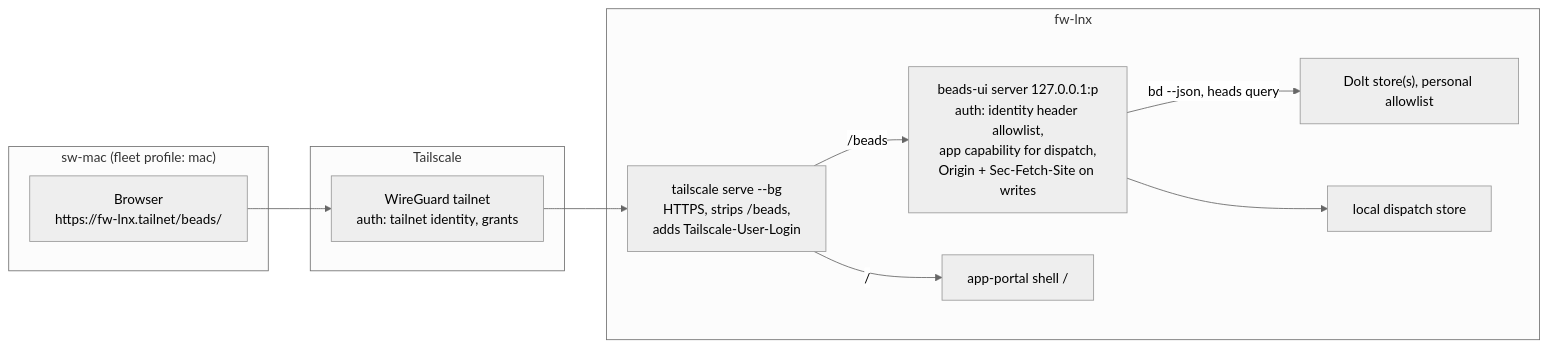
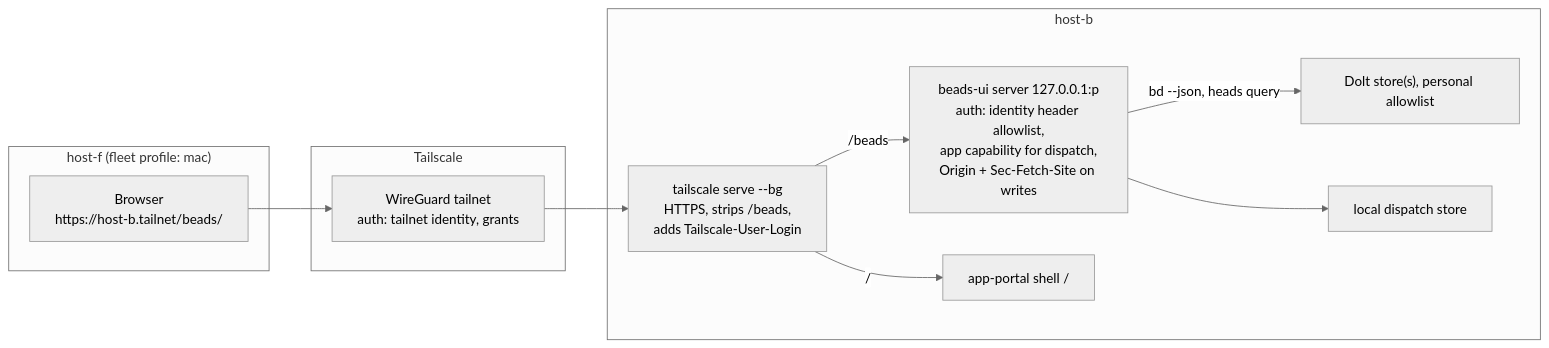
Before and after one commit to sergeiwallace/beads-ui: the second of 2 diagrams in docs/research/findings/beads-ui-web-app-backend-portal-and-access.md, drawn with Mermaid (neutral theme). The commit also changed other lines of this file and 94 other files, not shown here.

````diff
--- a/docs/research/findings/beads-ui-web-app-backend-portal-and-access.md
+++ b/docs/research/findings/beads-ui-web-app-backend-portal-and-access.md
@@ -651,21 +651,21 @@
 ```mermaid
 flowchart LR
-  subgraph swmac["sw-mac (fleet profile: mac)"]
-    B2["Browser<br/>https://fw-lnx.tailnet/beads/"]
+  subgraph swmac["host-f (fleet profile: mac)"]
+    B2["Browser<br/>https://host-b.tailnet/beads/"]
   end
   subgraph ts["Tailscale"]
     TN["WireGuard tailnet<br/>auth: tailnet identity, grants"]
   end
-  subgraph fw["fw-lnx"]
+  subgraph fw["host-b"]
     S["tailscale serve --bg<br/>HTTPS, strips /beads,<br/>adds Tailscale-User-Login"]
     W2["beads-ui server 127.0.0.1:p<br/>auth: identity header allowlist,<br/>app capability for dispatch,<br/>Origin + Sec-Fetch-Site on writes"]
     D2["Dolt store(s), personal allowlist"]
     L["local dispatch store"]
     SH["app-portal shell /"]
   end
   B2 --> TN --> S
   S -->|"/beads"| W2
   S -->|"/"| SH
   W2 -->|"bd --json, heads query"| D2
   W2 --> L
 ```
````
